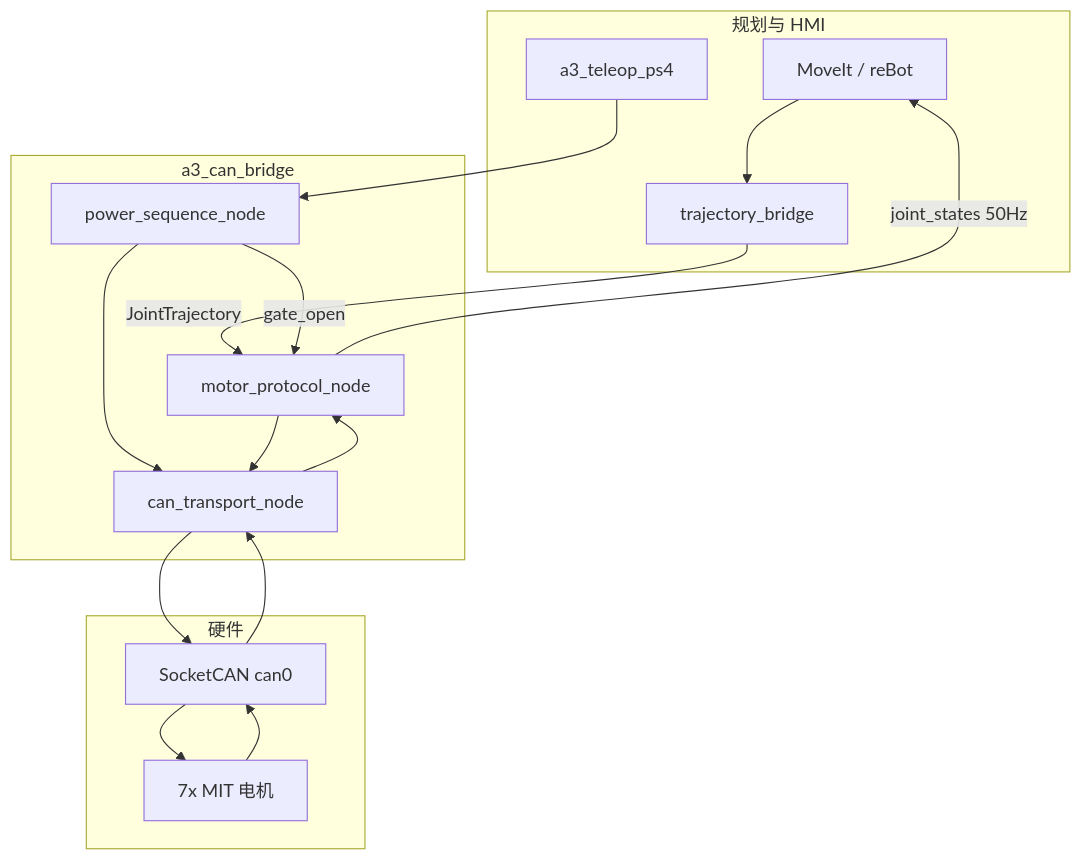
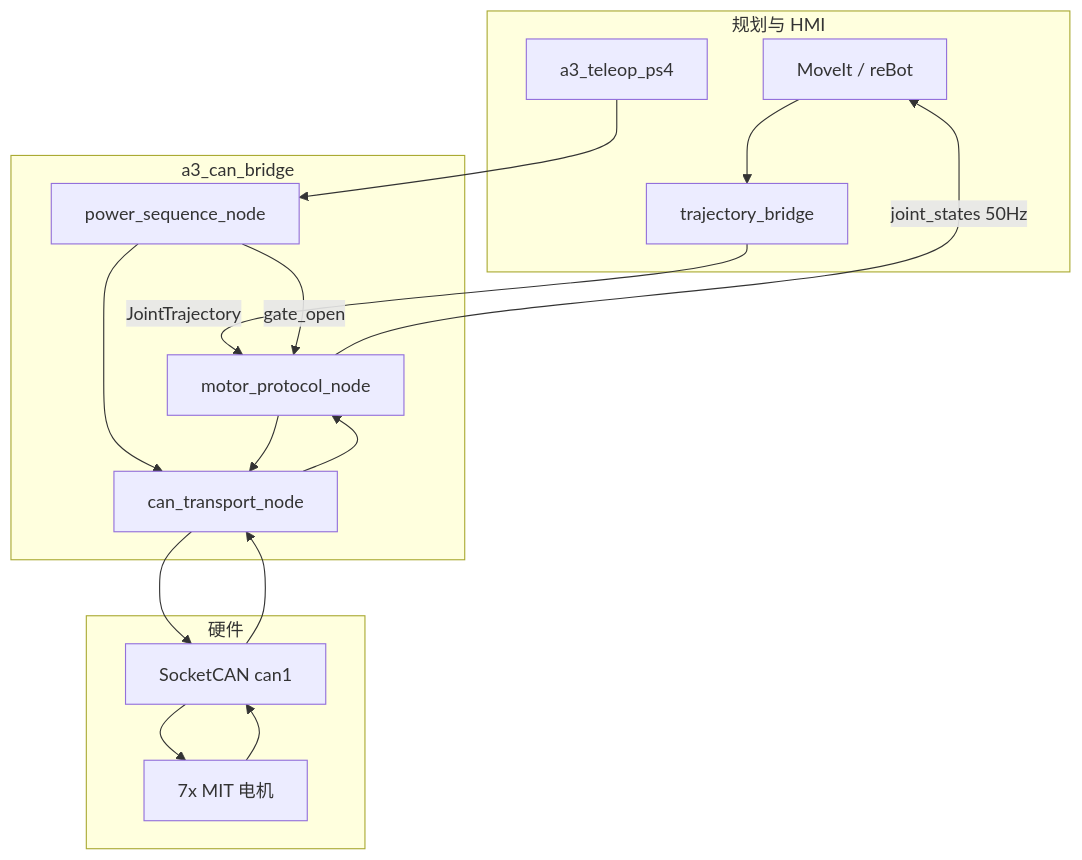
The diagram in docs/edge/ARCHITECTURE.md (deep-diary/a3_arm_ws), drawn with Mermaid before and after one commit. The commit also changed 26 other files, not shown here.

````diff
--- a/docs/edge/ARCHITECTURE.md
+++ b/docs/edge/ARCHITECTURE.md
@@ -22,30 +22,30 @@
 ```mermaid
 flowchart TB
     subgraph planning [规划与 HMI]
         MoveIt["MoveIt / reBot"]
         PS4["a3_teleop_ps4"]
         TrajBridge["trajectory_bridge"]
     end
 
     subgraph execution [a3_can_bridge]
         MotorProto["motor_protocol_node"]
         PowerSeq["power_sequence_node"]
         CanTransport["can_transport_node"]
     end
 
     subgraph hardware [硬件]
-        CAN["SocketCAN can0"]
+        CAN["SocketCAN can1"]
         Motors["7x MIT 电机"]
     end
 
     MoveIt --> TrajBridge
     PS4 --> PowerSeq
     TrajBridge -->|"JointTrajectory"| MotorProto
     PowerSeq -->|"gate_open"| MotorProto
     PowerSeq --> CanTransport
     MotorProto --> CanTransport
     CanTransport --> CAN --> Motors
     Motors --> CAN --> CanTransport
     CanTransport --> MotorProto
     MotorProto -->|"joint_states 50Hz"| MoveIt
 ```
````
